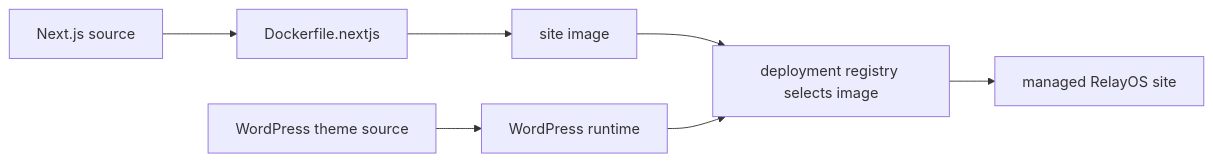
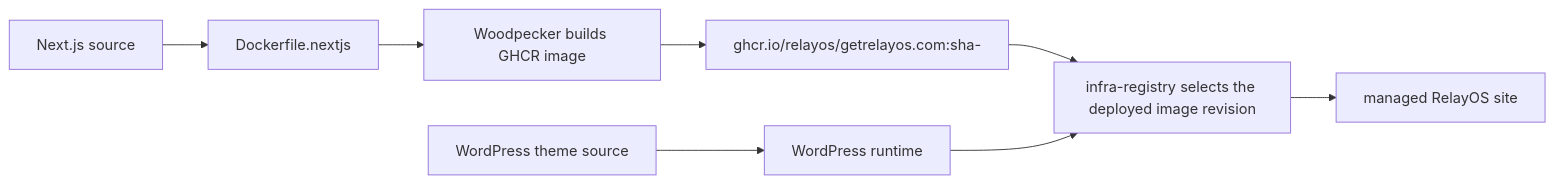
Before and after one commit to relayos/getrelayos.com: the diagram in README.md, drawn with Mermaid. The commit also changed other lines of this file and 2 other files, not shown here.

Commit message:
ci: publish immutable public site images

````diff
--- a/README.md
+++ b/README.md
@@ -24,9 +24,10 @@
 ```mermaid
 flowchart LR
     source["Next.js source"] --> build["Dockerfile.nextjs"]
     theme["WordPress theme source"] --> wp["WordPress runtime"]
-    build --> image["site image"]
-    image --> registry["deployment registry selects image"]
+    build --> ci["Woodpecker builds GHCR image"]
+    ci --> image["ghcr.io/relayos/getrelayos.com:sha-<commit>"]
+    image --> registry["infra-registry selects the deployed image revision"]
     wp --> registry
     registry --> live["managed RelayOS site"]
 ```
````
